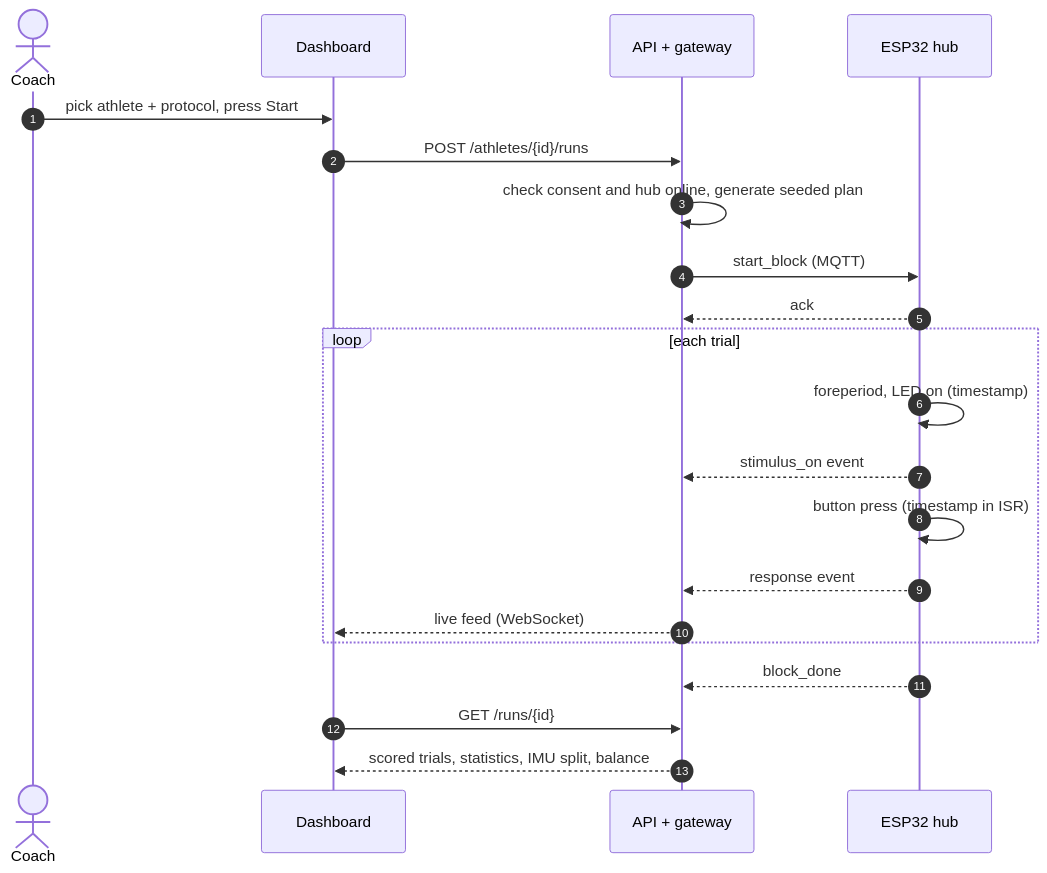
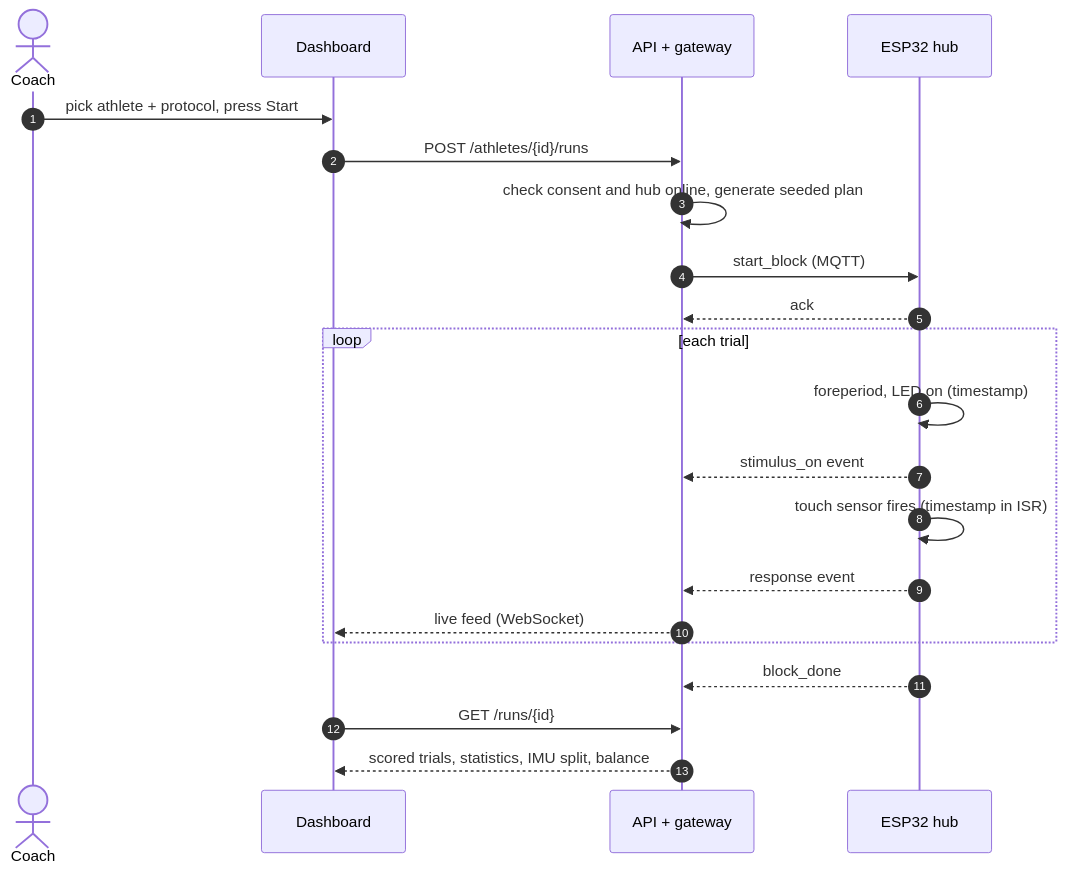
Before and after one commit to MrResolution/Agarwal_project: the diagram in docs/project-overview.md, drawn with Mermaid. The commit also changed other lines of this file and 54 other files, not shown here.

````diff
--- a/docs/project-overview.md
+++ b/docs/project-overview.md
@@ -80,23 +88,23 @@
 ```mermaid
 sequenceDiagram
     autonumber
     actor Coach
     participant UI as Dashboard
     participant API as API + gateway
     participant Hub as ESP32 hub
     Coach->>UI: pick athlete + protocol, press Start
     UI->>API: POST /athletes/{id}/runs
     API->>API: check consent and hub online, generate seeded plan
     API->>Hub: start_block (MQTT)
     Hub-->>API: ack
     loop each trial
         Hub->>Hub: foreperiod, LED on (timestamp)
         Hub-->>API: stimulus_on event
-        Hub->>Hub: button press (timestamp in ISR)
+        Hub->>Hub: touch sensor fires (timestamp in ISR)
         Hub-->>API: response event
         API-->>UI: live feed (WebSocket)
     end
     Hub-->>API: block_done
     UI->>API: GET /runs/{id}
     API-->>UI: scored trials, statistics, IMU split, balance
 ```
````
